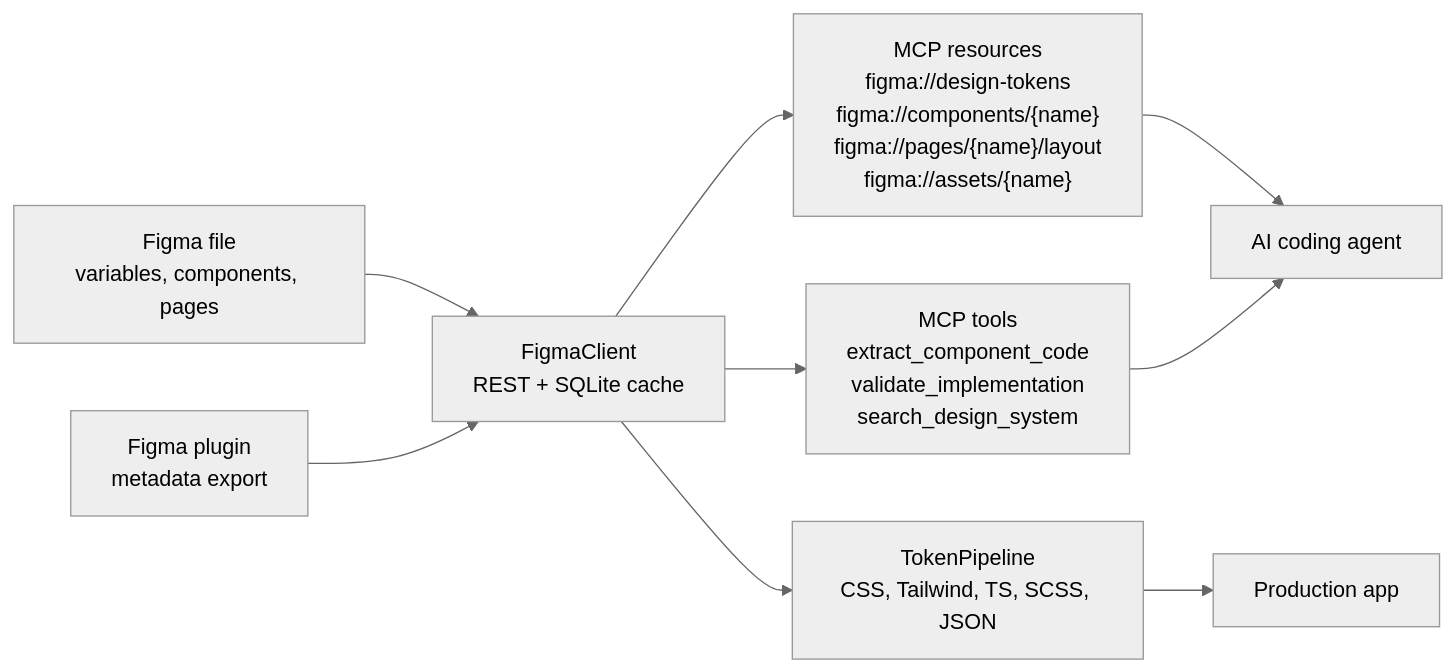
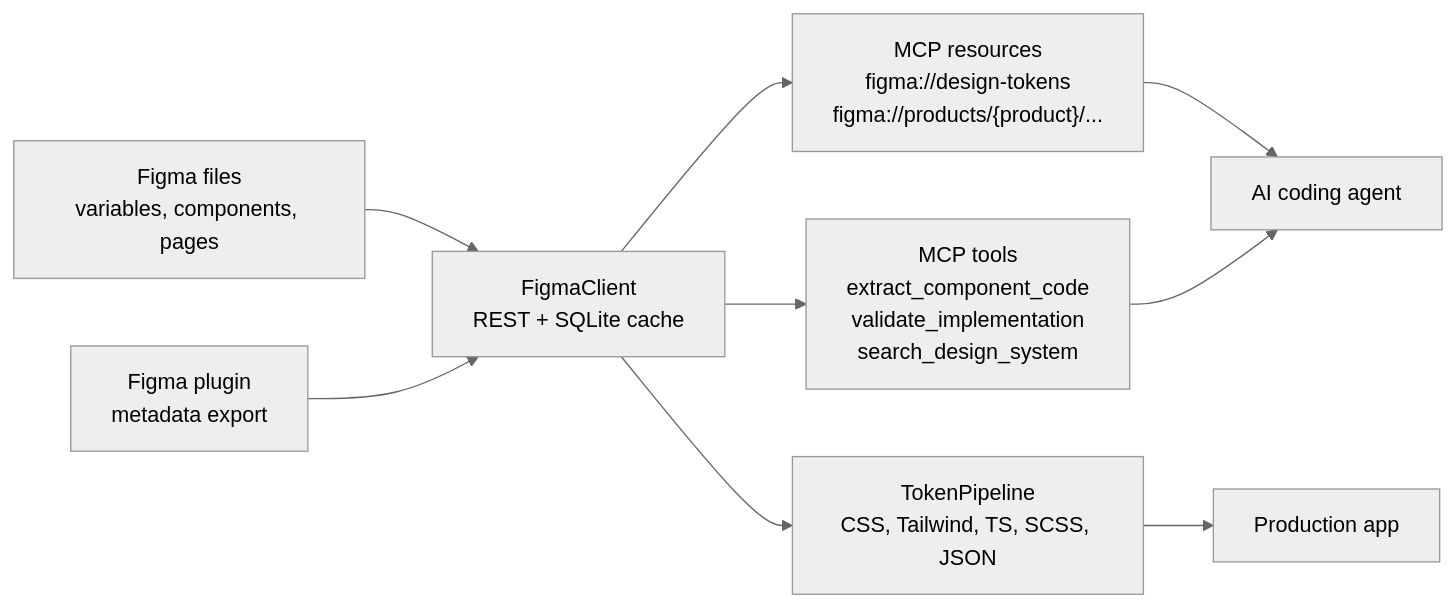
One commit to skandvj/figma-mcp-bridge changed the diagram in README.md. Above: the diagram before and after it, drawn with Mermaid (neutral theme). The commit also changed other lines of this file and 10 other files, not shown here.

````diff
--- a/README.md
+++ b/README.md
@@ -5,11 +5,11 @@
 ```mermaid
 flowchart LR
-  Figma["Figma file\nvariables, components, pages"] --> Client["FigmaClient\nREST + SQLite cache"]
-  Client --> Resources["MCP resources\nfigma://design-tokens\nfigma://components/{name}\nfigma://pages/{name}/layout\nfigma://assets/{name}"]
+  Figma["Figma files\nvariables, components, pages"] --> Client["FigmaClient\nREST + SQLite cache"]
+  Client --> Resources["MCP resources\nfigma://design-tokens\nfigma://products/{product}/..."]
   Client --> Tools["MCP tools\nextract_component_code\nvalidate_implementation\nsearch_design_system"]
   Client --> Pipeline["TokenPipeline\nCSS, Tailwind, TS, SCSS, JSON"]
   Plugin["Figma plugin\nmetadata export"] --> Client
   Resources --> Agent["AI coding agent"]
   Tools --> Agent
   Pipeline --> App["Production app"]
 ```
````
